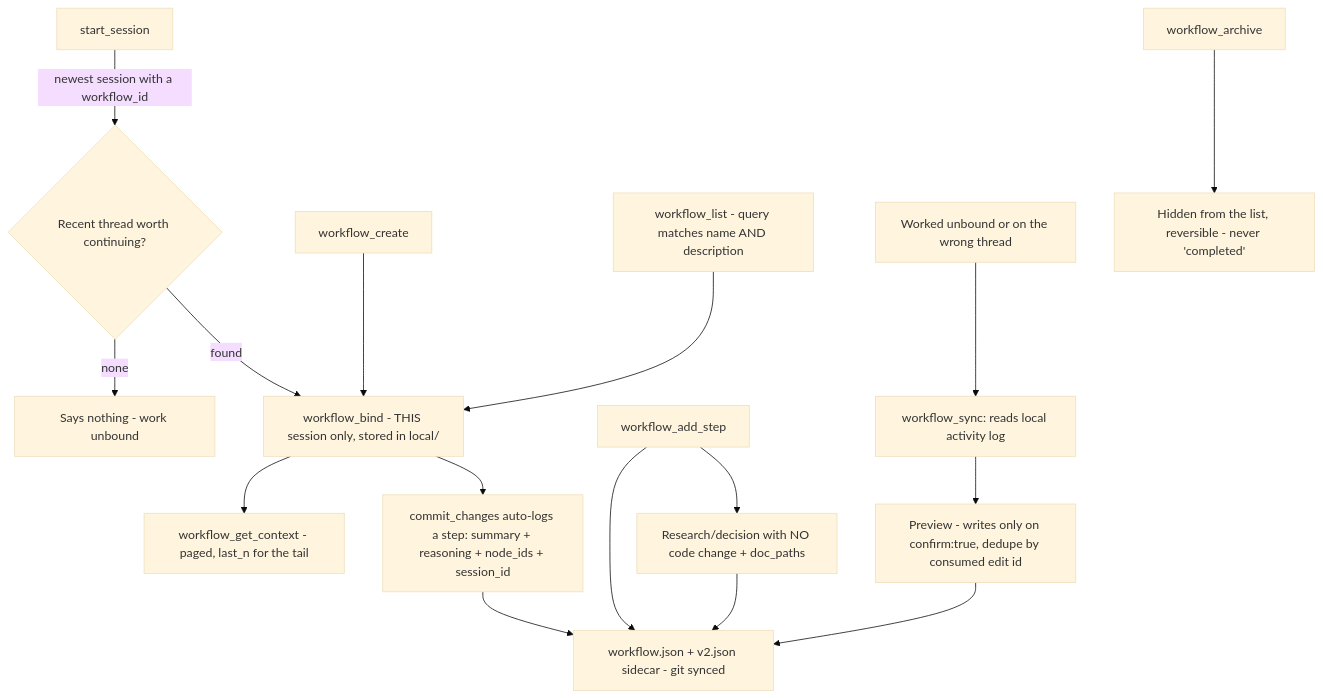
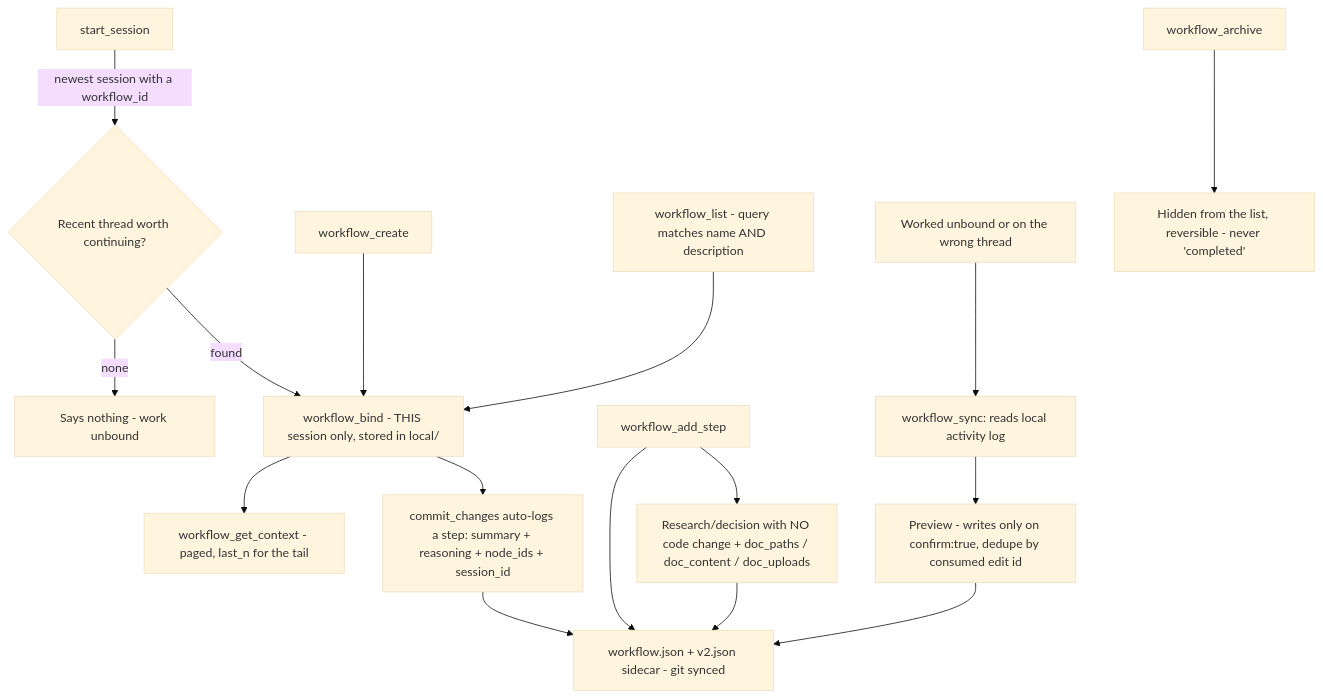
Diagram 15 of 19 in FUNCTIONALITY_MAP.md (Abialidr/devsmind-mcp), drawn with Mermaid (base theme) before and after one commit. The commit also changed other lines of this file and 27 other files, not shown here.

````diff
--- a/FUNCTIONALITY_MAP.md
+++ b/FUNCTIONALITY_MAP.md
@@ -659,16 +660,16 @@
 ```mermaid
 flowchart TD
   SS[start_session] -->|newest session with a workflow_id| ASK{Recent thread worth continuing?}
   ASK -->|none| FREE[Says nothing - work unbound]
   ASK -->|found| WB[workflow_bind - THIS session only, stored in local/]
   WC[workflow_create] --> WB
   WL[workflow_list - query matches name AND description] --> WB
   WB --> GC[workflow_get_context - paged, last_n for the tail]
   WB --> CM[commit_changes auto-logs a step: summary + reasoning + node_ids + session_id]
-  AS[workflow_add_step] --> RES[Research/decision with NO code change + doc_paths]
+  AS[workflow_add_step] --> RES[Research/decision with NO code change + doc_paths / doc_content / doc_uploads]
   CM & AS & RES --> DISK[workflow.json + v2.json sidecar - git synced]
   UNB[Worked unbound or on the wrong thread] --> WS[workflow_sync: reads local activity log]
   WS --> PREV[Preview - writes only on confirm:true, dedupe by consumed edit id]
   PREV --> DISK
   ARCH[workflow_archive] --> HIDE[Hidden from the list, reversible - never 'completed']
 ```
````
